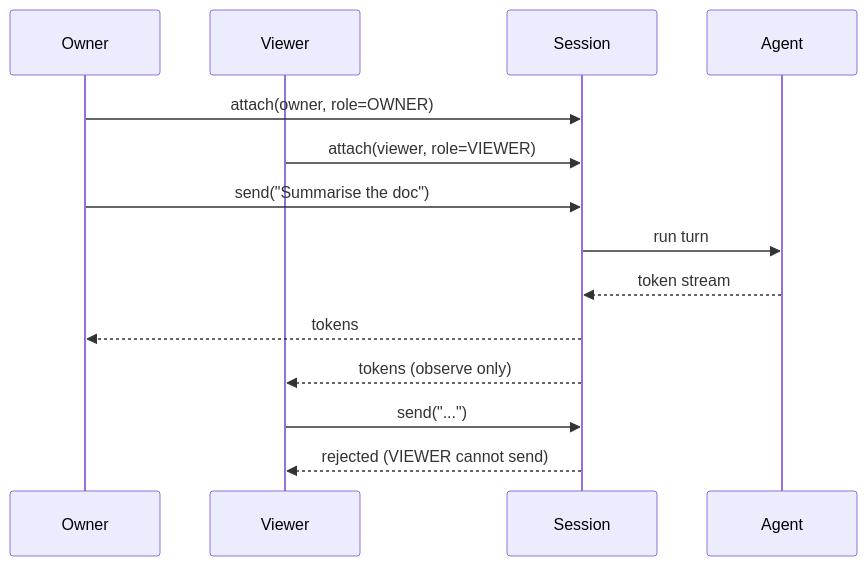
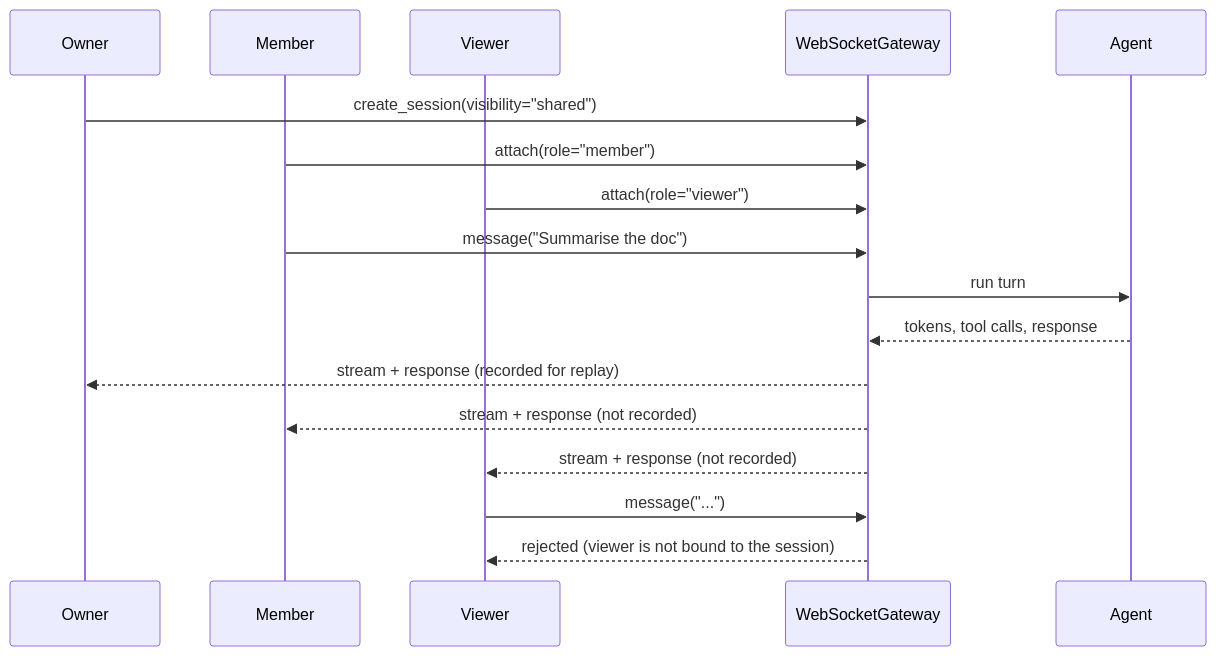
The second of 6 diagrams in docs/features/gateway-session-sharing.mdx (MervinPraison/PraisonAIDocs), drawn with Mermaid before and after one commit. The commit also changed other lines of this file, not shown here.

Commit message:
fix: document WebSocketGateway session sharing server API (fixes #4719)

````diff
--- a/docs/features/gateway-session-sharing.mdx
+++ b/docs/features/gateway-session-sharing.mdx
@@ -100,17 +122,20 @@
 ```mermaid
 sequenceDiagram
     participant Owner
+    participant Member
     participant Viewer
-    participant Session
+    participant Gateway as WebSocketGateway
     participant Agent
 
-    Owner->>Session: attach(owner, role=OWNER)
-    Viewer->>Session: attach(viewer, role=VIEWER)
-    Owner->>Session: send("Summarise the doc")
-    Session->>Agent: run turn
-    Agent-->>Session: token stream
-    Session-->>Owner: tokens
-    Session-->>Viewer: tokens (observe only)
-    Viewer->>Session: send("...") 
-    Session-->>Viewer: rejected (VIEWER cannot send)
+    Owner->>Gateway: create_session(visibility="shared")
+    Member->>Gateway: attach(role="member")
+    Viewer->>Gateway: attach(role="viewer")
+    Member->>Gateway: message("Summarise the doc")
+    Gateway->>Agent: run turn
+    Agent-->>Gateway: tokens, tool calls, response
+    Gateway-->>Owner: stream + response (recorded for replay)
+    Gateway-->>Member: stream + response (not recorded)
+    Gateway-->>Viewer: stream + response (not recorded)
+    Viewer->>Gateway: message("...")
+    Gateway-->>Viewer: rejected (viewer is not bound to the session)
 ```
````
